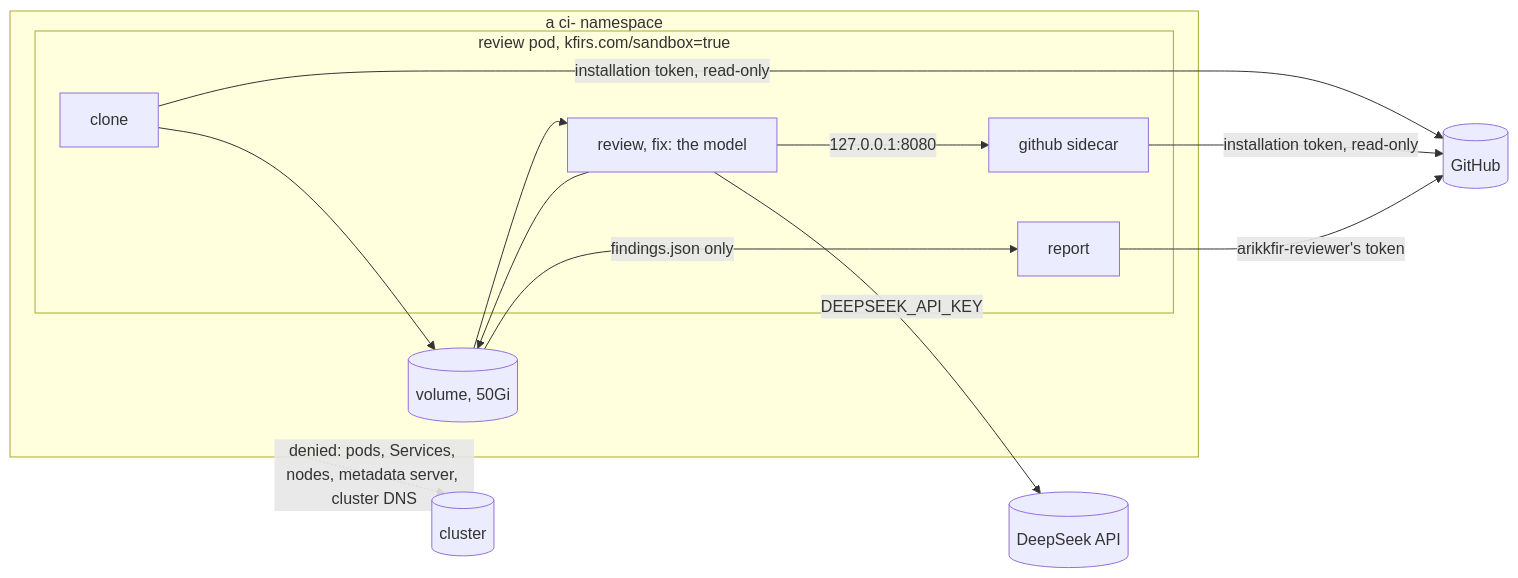
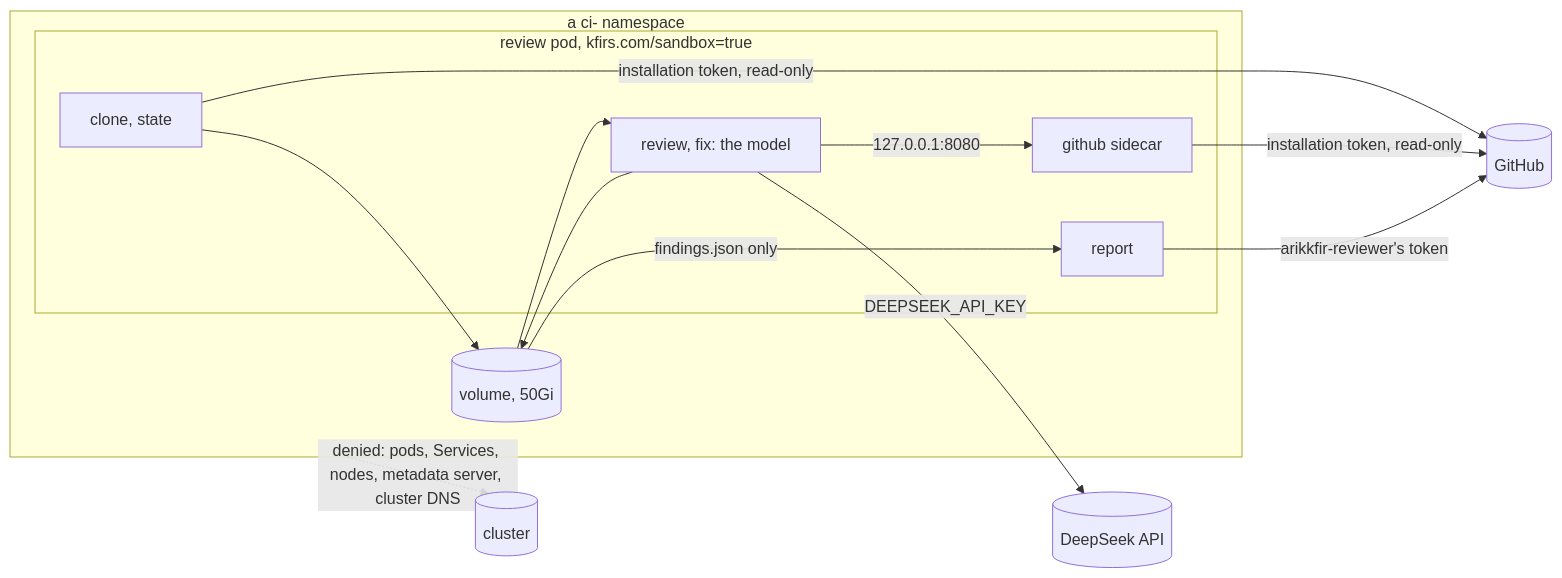
One commit to arikkfir-org/tooling changed the third of 3 diagrams in docs/tooling/designs/pr-reviewer.md. Above: the diagram before and after it, drawn with Mermaid. The commit also changed other lines of this file and 1 other file, not shown here.

````diff
--- a/docs/tooling/designs/pr-reviewer.md
+++ b/docs/tooling/designs/pr-reviewer.md
@@ -175,22 +173,22 @@
 ```mermaid
 flowchart LR
   subgraph NS["a ci- namespace"]
     subgraph RP["review pod, kfirs.com/sandbox=true"]
-      S["clone"]
+      S["clone, state"]
       R["review, fix: the model"]
       G["github sidecar"]
       P["report"]
     end
     V[("volume, 50Gi")]
     S --> V
     V --> R
     R --> V
     V -->|"findings.json only"| P
     R -->|"127.0.0.1:8080"| G
   end
   S -->|"installation token, read-only"| GH[("GitHub")]
   G -->|"installation token, read-only"| GH
   R -->|"DEEPSEEK_API_KEY"| DS[("DeepSeek API")]
   P -->|"arikkfir-reviewer's token"| GH
   NS -.->|"denied: pods, Services, nodes, metadata server, cluster DNS"| K[("cluster")]
 ```
````
